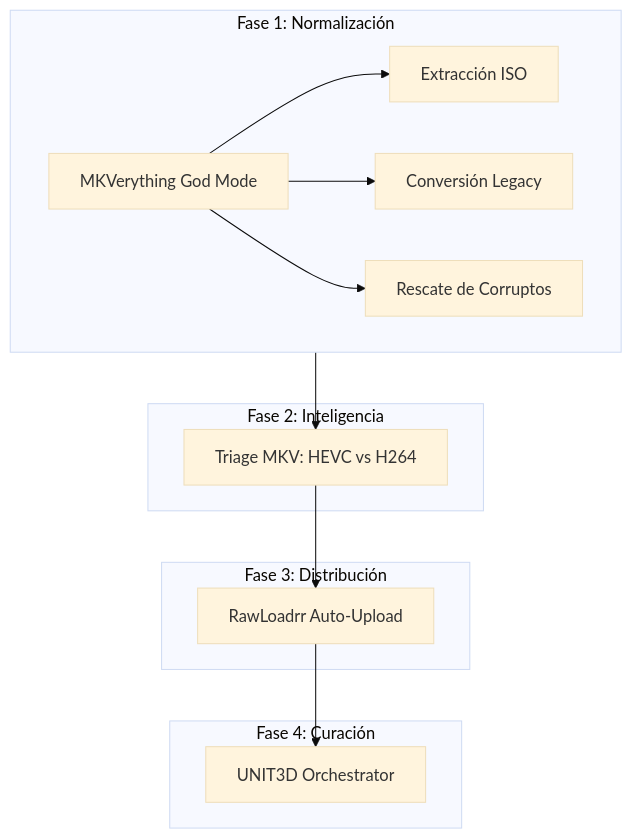
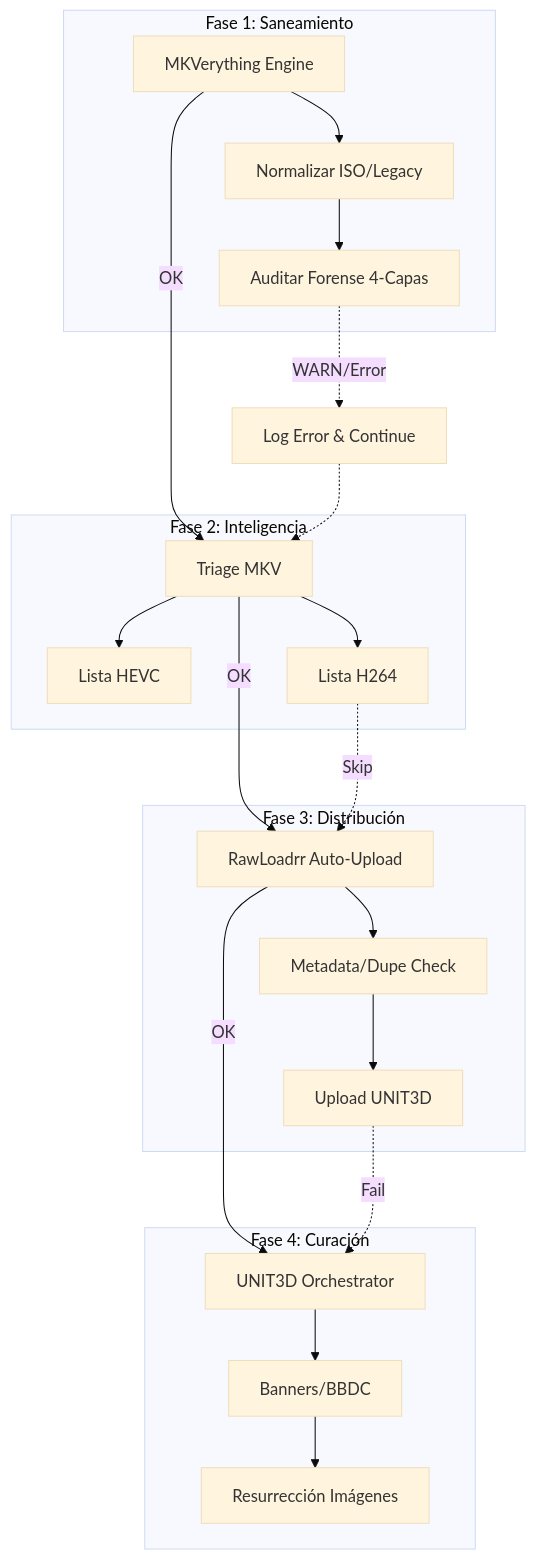
Before and after one commit to RawSmokeTerribilus/Singularity: the first of 2 diagrams in docs/singularity_mode.md, drawn with Mermaid (base theme). The commit also changed other lines of this file and 17 other files, not shown here.

Commit message:
docs: expand technical diagrams with detailed subprocesses and Mermaid logic

````diff
--- a/docs/singularity_mode.md
+++ b/docs/singularity_mode.md
@@ -26,28 +26,35 @@
 ```mermaid
 graph TD
-    subgraph F1 [Fase 1: Normalización]
-        MKV[MKVerything God Mode]
-        ISO[Extracción ISO]
-        LEG[Conversión Legacy]
-        RSC[Rescate de Corruptos]
-        MKV --> ISO
-        MKV --> LEG
-        MKV --> RSC
+    subgraph F1 [Fase 1: Saneamiento]
+        MKV[MKVerything Engine]
+        MKV --> V1[Normalizar ISO/Legacy]
+        V1 --> V2[Auditar Forense 4-Capas]
     end
     
     subgraph F2 [Fase 2: Inteligencia]
-        TRG[Triage MKV: HEVC vs H264]
+        TRG[Triage MKV]
+        TRG --> L1[Lista HEVC]
+        TRG --> L2[Lista H264]
     end
     
     subgraph F3 [Fase 3: Distribución]
         ULD[RawLoadrr Auto-Upload]
+        ULD --> MT[Metadata/Dupe Check]
+        MT --> UP[Upload UNIT3D]
     end
     
     subgraph F4 [Fase 4: Curación]
         UNT[UNIT3D Orchestrator]
+        UNT --> C1[Banners/BBDC]
+        C1 --> C2[Resurrección Imágenes]
     end
     
-    F1 --> TRG
-    TRG --> ULD
-    ULD --> UNT
+    MKV -->|OK| TRG
+    TRG -->|OK| ULD
+    ULD -->|OK| UNT
+    
+    V2 -.->|WARN/Error| Log[Log Error & Continue]
+    Log -.-> TRG
+    L2 -.->|Skip| ULD
+    UP -.->|Fail| UNT
 ```
````
